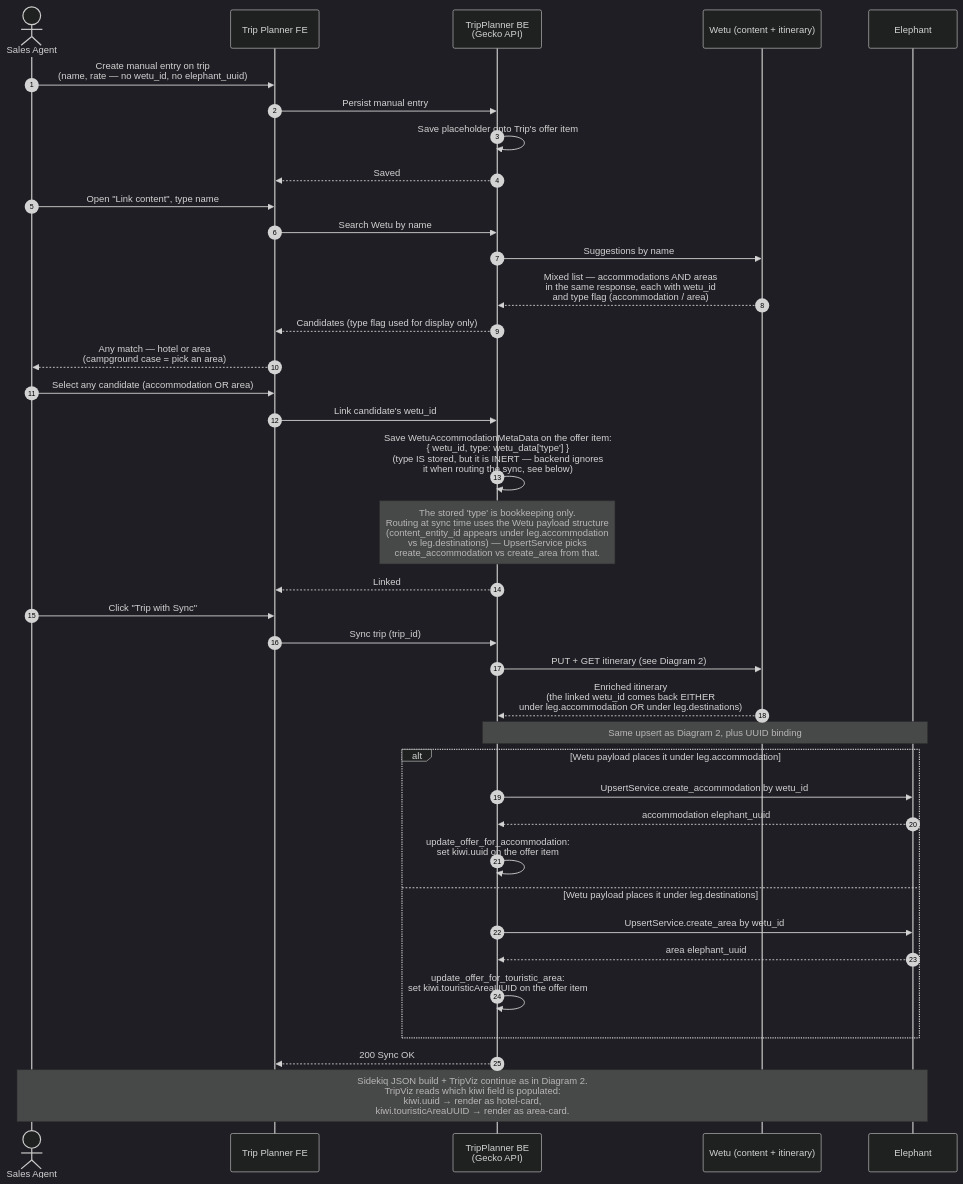
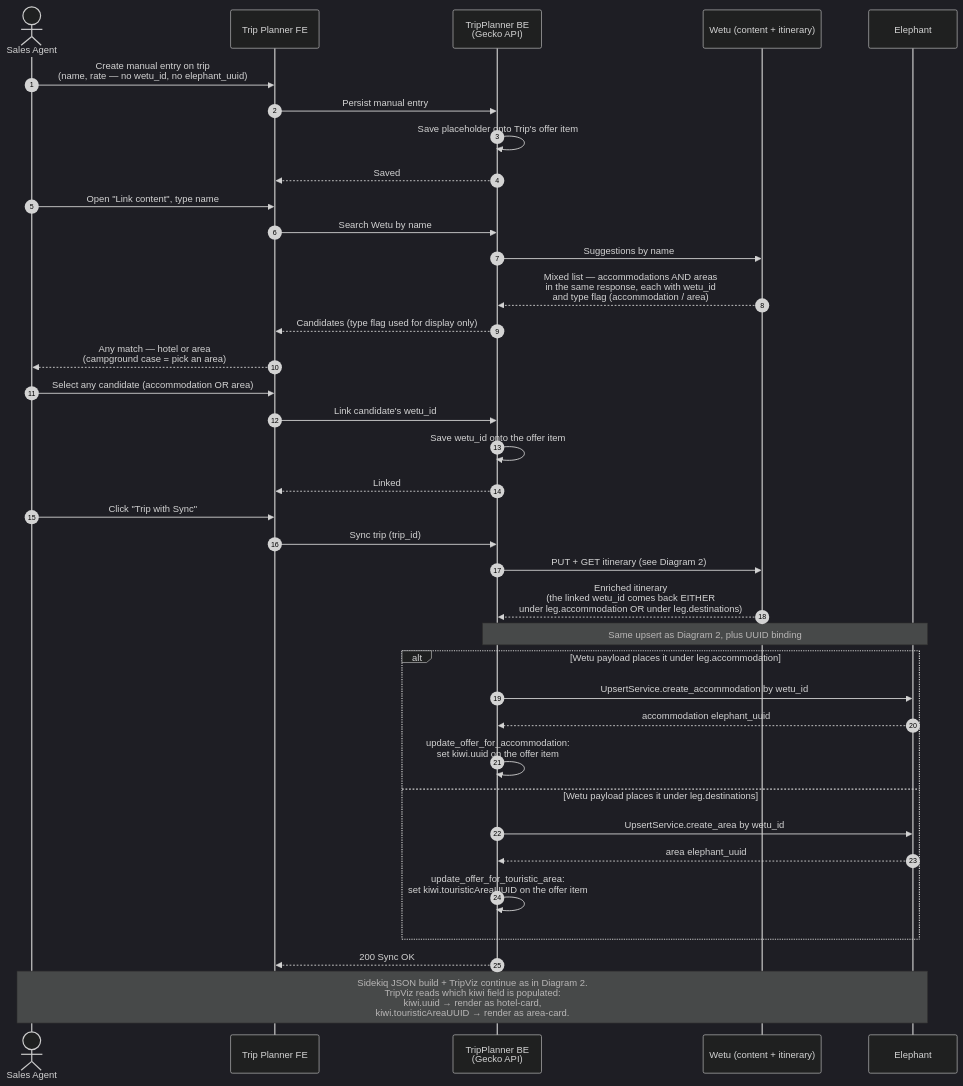
One commit to kliuchnikau-tourlane/ClaudeCowork changed the fourth of 5 diagrams in OUTPUTS/2026-04-24_TripPlannerWetu-sequence-diagrams/TripPlannerWetu_Documentation.md. Above: the diagram before and after it, drawn with Mermaid (dark theme). The commit also changed other lines of this file, not shown here.

````diff
--- a/OUTPUTS/2026-04-24_TripPlannerWetu-sequence-diagrams/TripPlannerWetu_Documentation.md
+++ b/OUTPUTS/2026-04-24_TripPlannerWetu-sequence-diagrams/TripPlannerWetu_Documentation.md
@@ -198,46 +178,45 @@
 ```mermaid
 sequenceDiagram
     autonumber
     actor Agent as Sales Agent
     participant TP as Trip Planner FE
     participant BE as TripPlanner BE<br/>(Gecko API)
     participant Wetu as Wetu (content + itinerary)
     participant Eleph as Elephant
 
     Agent->>TP: Create manual entry on trip<br/>(name, rate — no wetu_id, no elephant_uuid)
     TP->>BE: Persist manual entry
     BE->>BE: Save placeholder onto Trip's offer item
     BE-->>TP: Saved
 
     Agent->>TP: Open "Link content", type name
     TP->>BE: Search Wetu by name
     BE->>Wetu: Suggestions by name
     Wetu-->>BE: Mixed list — accommodations AND areas<br/>in the same response, each with wetu_id<br/>and type flag (accommodation / area)
     BE-->>TP: Candidates (type flag used for display only)
     TP-->>Agent: Any match — hotel or area<br/>(campground case = pick an area)
 
     Agent->>TP: Select any candidate (accommodation OR area)
     TP->>BE: Link candidate's wetu_id
-    BE->>BE: Save WetuAccommodationMetaData on the offer item:<br/>{ wetu_id, type: wetu_data['type'] }<br/>(type IS stored, but it is INERT — backend ignores<br/>it when routing the sync, see below)
-    Note over BE: The stored 'type' is bookkeeping only.<br/>Routing at sync time uses the Wetu payload structure<br/>(content_entity_id appears under leg.accommodation<br/>vs leg.destinations) — UpsertService picks<br/>create_accommodation vs create_area from that.
+    BE->>BE: Save wetu_id onto the offer item
     BE-->>TP: Linked
 
     Agent->>TP: Click "Trip with Sync"
     TP->>BE: Sync trip (trip_id)
     BE->>Wetu: PUT + GET itinerary (see Diagram 2)
     Wetu-->>BE: Enriched itinerary<br/>(the linked wetu_id comes back EITHER<br/>under leg.accommodation OR under leg.destinations)
 
     Note over BE,Eleph: Same upsert as Diagram 2, plus UUID binding
     alt Wetu payload places it under leg.accommodation
         BE->>Eleph: UpsertService.create_accommodation by wetu_id
         Eleph-->>BE: accommodation elephant_uuid
         BE->>BE: update_offer_for_accommodation:<br/>set kiwi.uuid on the offer item
     else Wetu payload places it under leg.destinations
         BE->>Eleph: UpsertService.create_area by wetu_id
         Eleph-->>BE: area elephant_uuid
         BE->>BE: update_offer_for_touristic_area:<br/>set kiwi.touristicAreaUUID on the offer item
     end
     BE-->>TP: 200 Sync OK
 
     Note over Agent,Eleph: Sidekiq JSON build + TripViz continue as in Diagram 2.<br/>TripViz reads which kiwi field is populated:<br/>kiwi.uuid → render as hotel-card,<br/>kiwi.touristicAreaUUID → render as area-card.
 ```
````
